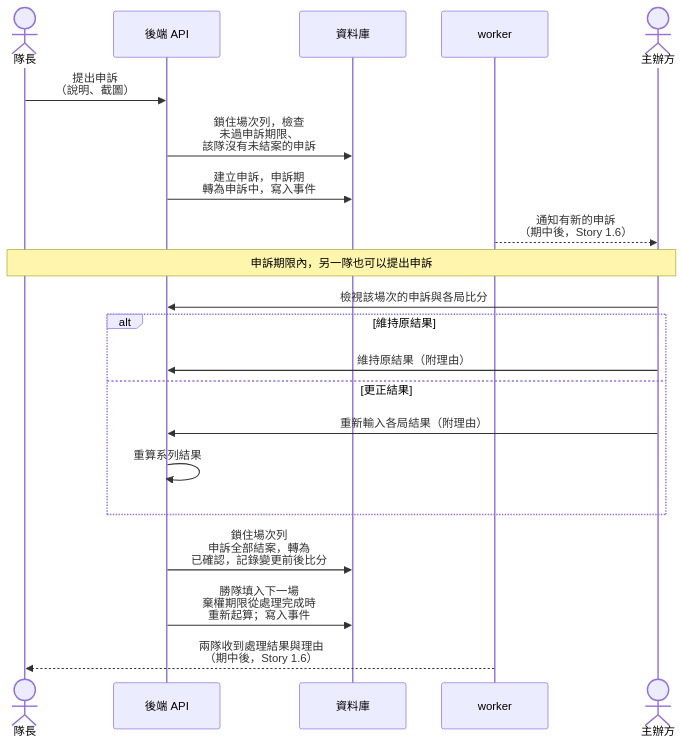
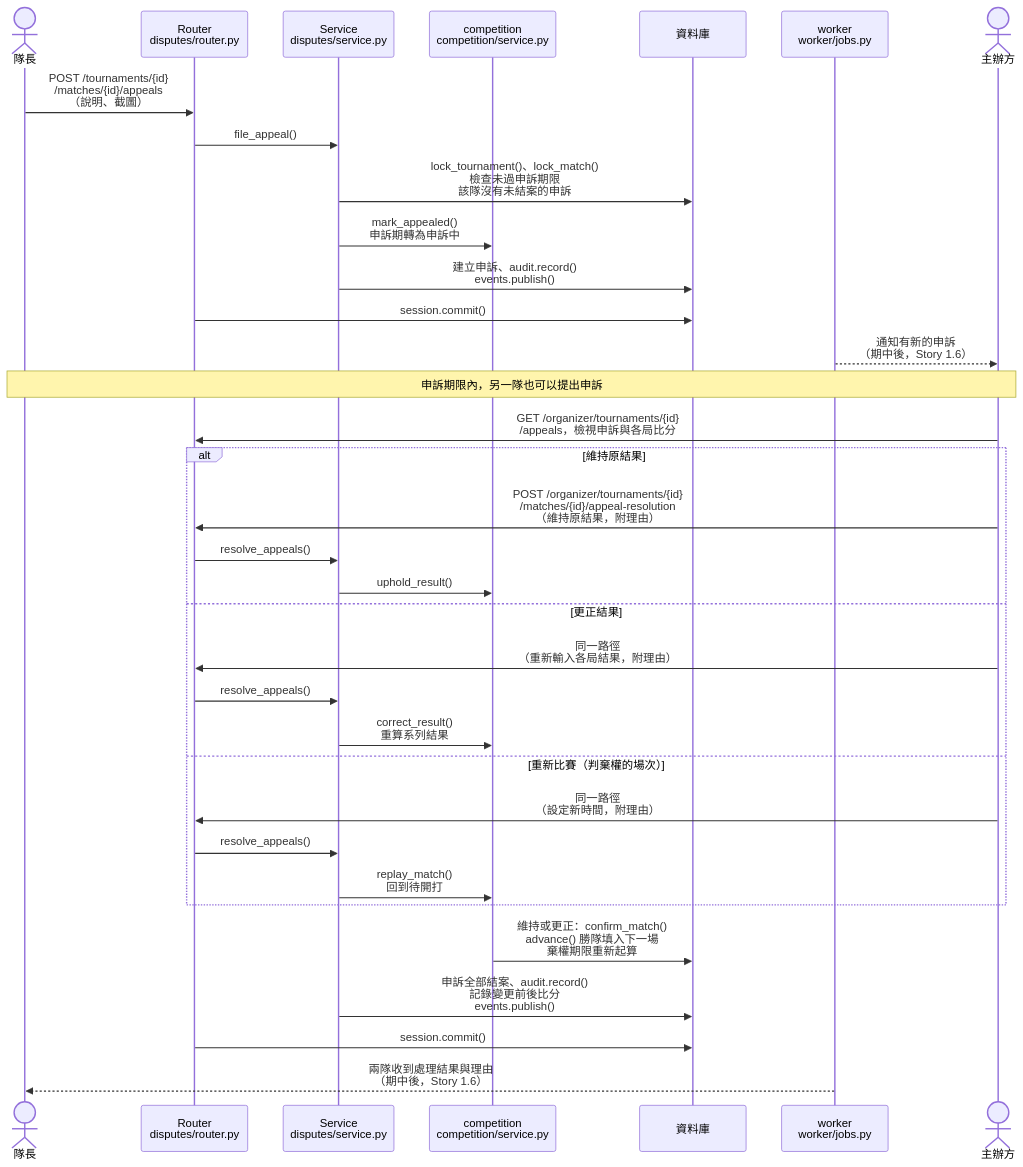
Diagram 19 of 19 in docs/midterm/B-軟體需求分析文件.md (Team14good/esport-platform), drawn with Mermaid before and after one commit. The commit also changed other lines of this file and 27 other files, not shown here.

First line of the commit message:
docs: B、C、D 其餘的圖全部對照程式標註

````diff
--- a/docs/midterm/B-軟體需求分析文件.md
+++ b/docs/midterm/B-軟體需求分析文件.md
@@ -1445,23 +1523,36 @@
 ```mermaid
 sequenceDiagram
   actor Cap as 隊長
-  participant API as 後端 API
+  participant R as Router<br/>disputes/router.py
+  participant S as Service<br/>disputes/service.py
+  participant C as competition<br/>competition/service.py
   participant DB as 資料庫
-  participant W as worker
+  participant W as worker<br/>worker/jobs.py
   actor Org as 主辦方
-  Cap->>API: 提出申訴<br/>（說明、截圖）
-  API->>DB: 鎖住場次列，檢查<br/>未過申訴期限、<br/>該隊沒有未結案的申訴
-  API->>DB: 建立申訴，申訴期<br/>轉為申訴中，寫入事件
+  Cap->>R: POST /tournaments/{id}<br/>/matches/{id}/appeals<br/>（說明、截圖）
+  R->>S: file_appeal()
+  S->>DB: lock_tournament()、lock_match()<br/>檢查未過申訴期限<br/>該隊沒有未結案的申訴
+  S->>C: mark_appealed()<br/>申訴期轉為申訴中
+  S->>DB: 建立申訴、audit.record()<br/>events.publish()
+  R->>DB: session.commit()
   W-->>Org: 通知有新的申訴<br/>（期中後，Story 1.6）
   Note over Cap,Org: 申訴期限內，另一隊也可以提出申訴
-  Org->>API: 檢視該場次的申訴與各局比分
+  Org->>R: GET /organizer/tournaments/{id}<br/>/appeals，檢視申訴與各局比分
   alt 維持原結果
-    Org->>API: 維持原結果（附理由）
+    Org->>R: POST /organizer/tournaments/{id}<br/>/matches/{id}/appeal-resolution<br/>（維持原結果，附理由）
+    R->>S: resolve_appeals()
+    S->>C: uphold_result()
   else 更正結果
-    Org->>API: 重新輸入各局結果（附理由）
-    API->>API: 重算系列結果
+    Org->>R: 同一路徑<br/>（重新輸入各局結果，附理由）
+    R->>S: resolve_appeals()
+    S->>C: correct_result()<br/>重算系列結果
+  else 重新比賽（判棄權的場次）
+    Org->>R: 同一路徑<br/>（設定新時間，附理由）
+    R->>S: resolve_appeals()
+    S->>C: replay_match()<br/>回到待開打
   end
-  API->>DB: 鎖住場次列<br/>申訴全部結案，轉為<br/>已確認，記錄變更前後比分
-  API->>DB: 勝隊填入下一場<br/>棄權期限從處理完成時<br/>重新起算；寫入事件
+  C->>DB: 維持或更正：confirm_match()<br/>advance() 勝隊填入下一場<br/>棄權期限重新起算
+  S->>DB: 申訴全部結案、audit.record()<br/>記錄變更前後比分<br/>events.publish()
+  R->>DB: session.commit()
   W-->>Cap: 兩隊收到處理結果與理由<br/>（期中後，Story 1.6）
 ```
````
